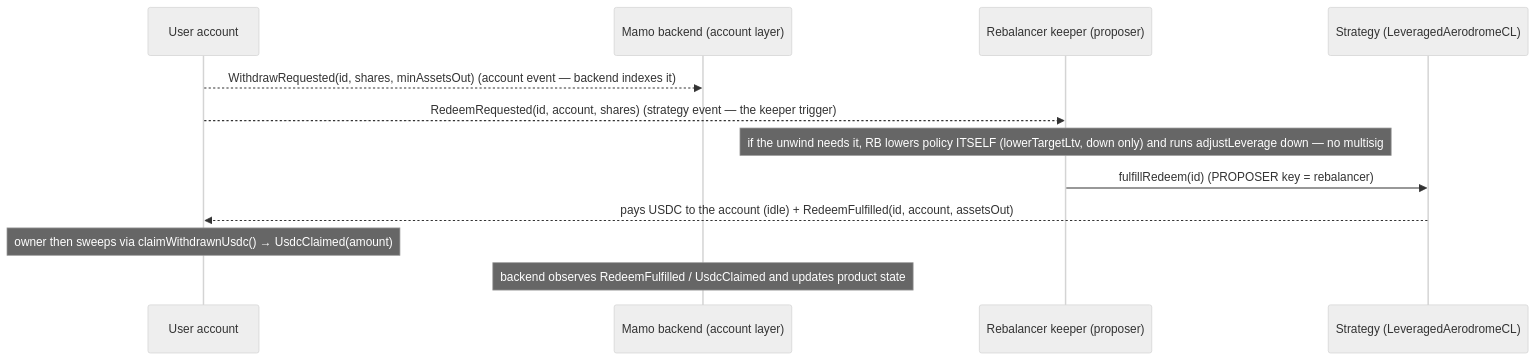
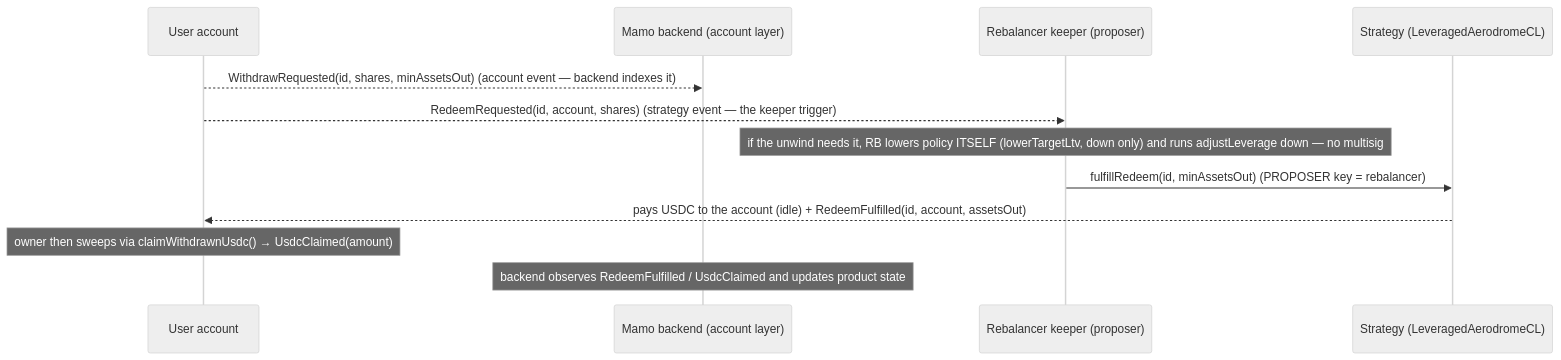
Before and after one commit to moonwell-fi/mamo-contracts: the diagram in docs/integrations/LEVERAGED_AERO_BACKEND.md, drawn with Mermaid (neutral theme). The commit also changed other lines of this file and 11 other files, not shown here.

First line of the commit message:
fix: fulfillRedeem takes a fresh proposer floor, enforced as max(stored, fresh) (audit F14)

````diff
--- a/docs/integrations/LEVERAGED_AERO_BACKEND.md
+++ b/docs/integrations/LEVERAGED_AERO_BACKEND.md
@@ -270,15 +270,15 @@
 ```mermaid
 sequenceDiagram
     participant A as User account
     participant BE as Mamo backend (account layer)
     participant RB as Rebalancer keeper (proposer)
     participant S as Strategy (LeveragedAerodromeCL)
 
     A-->>BE: WithdrawRequested(id, shares, minAssetsOut)   (account event — backend indexes it)
     A-->>RB: RedeemRequested(id, account, shares)          (strategy event — the keeper trigger)
     Note over RB: if the unwind needs it, RB lowers policy ITSELF (lowerTargetLtv, down only) and runs adjustLeverage down — no multisig
-    RB->>S: fulfillRedeem(id)                              (PROPOSER key = rebalancer)
+    RB->>S: fulfillRedeem(id, minAssetsOut)                              (PROPOSER key = rebalancer)
     S-->>A: pays USDC to the account (idle) + RedeemFulfilled(id, account, assetsOut)
     Note over A: owner then sweeps via claimWithdrawnUsdc() → UsdcClaimed(amount)
     Note over BE: backend observes RedeemFulfilled / UsdcClaimed and updates product state
 ```
````
